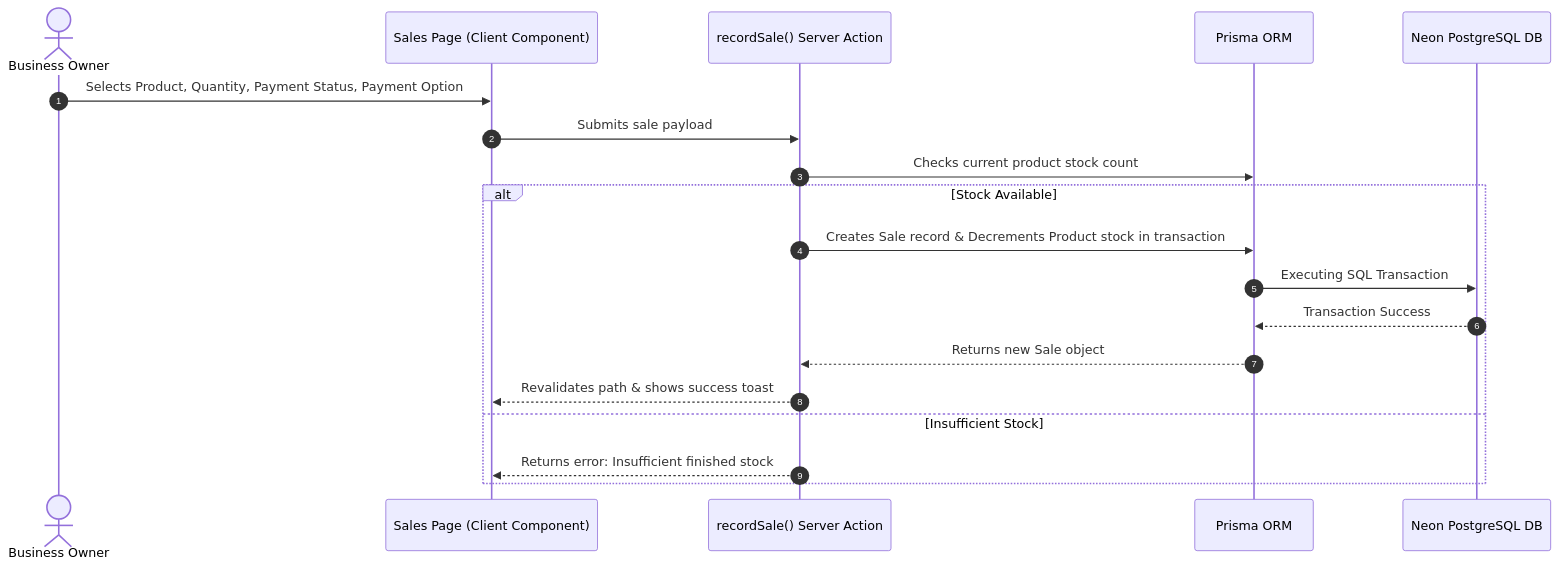
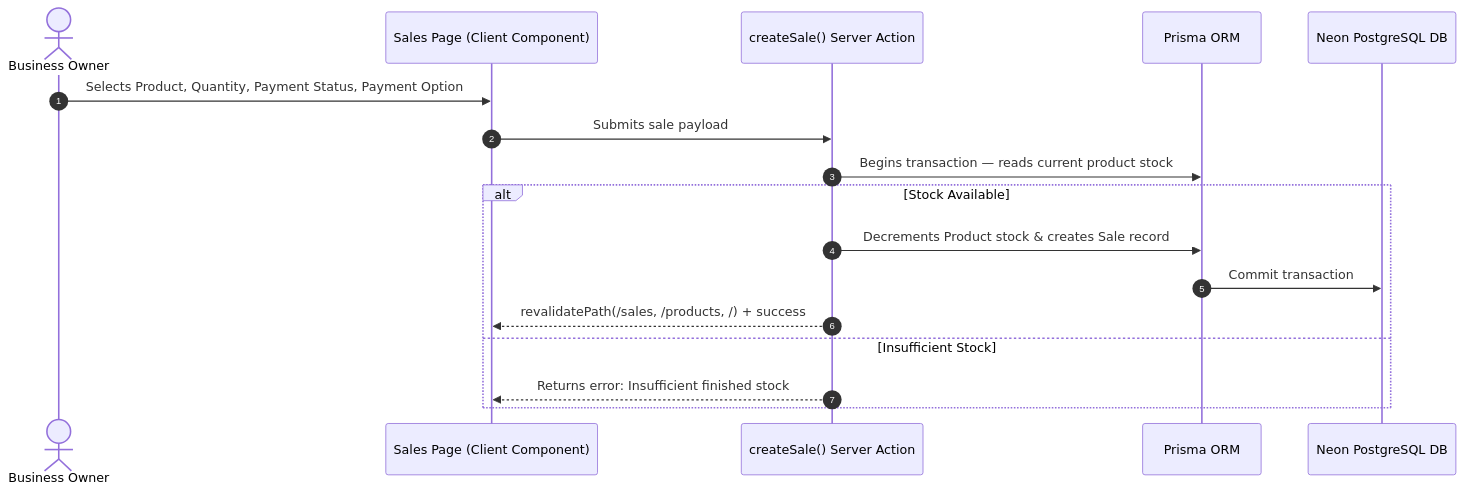
Before and after one commit to hashir1313/invento: the second of 6 diagrams in docs/architecture.md, drawn with Mermaid. The commit also changed other lines of this file and 6 other files, not shown here.

````diff
--- a/docs/architecture.md
+++ b/docs/architecture.md
@@ -54,22 +58,20 @@
 ```mermaid
 sequenceDiagram
     autonumber
     actor Owner as Business Owner
     participant UI as Sales Page (Client Component)
-    participant Action as recordSale() Server Action
+    participant Action as createSale() Server Action
     participant Prisma as Prisma ORM
     participant DB as Neon PostgreSQL DB
 
     Owner->>UI: Selects Product, Quantity, Payment Status, Payment Option
     UI->>Action: Submits sale payload
-    Action->>Prisma: Checks current product stock count
+    Action->>Prisma: Begins transaction — reads current product stock
     alt Stock Available
-        Action->>Prisma: Creates Sale record & Decrements Product stock in transaction
-        Prisma->>DB: Executing SQL Transaction
-        DB-->>Prisma: Transaction Success
-        Prisma-->>Action: Returns new Sale object
-        Action-->>UI: Revalidates path & shows success toast
+        Action->>Prisma: Decrements Product stock & creates Sale record
+        Prisma->>DB: Commit transaction
+        Action-->>UI: revalidatePath(/sales, /products, /) + success
     else Insufficient Stock
         Action-->>UI: Returns error: Insufficient finished stock
     end
 ```
````
